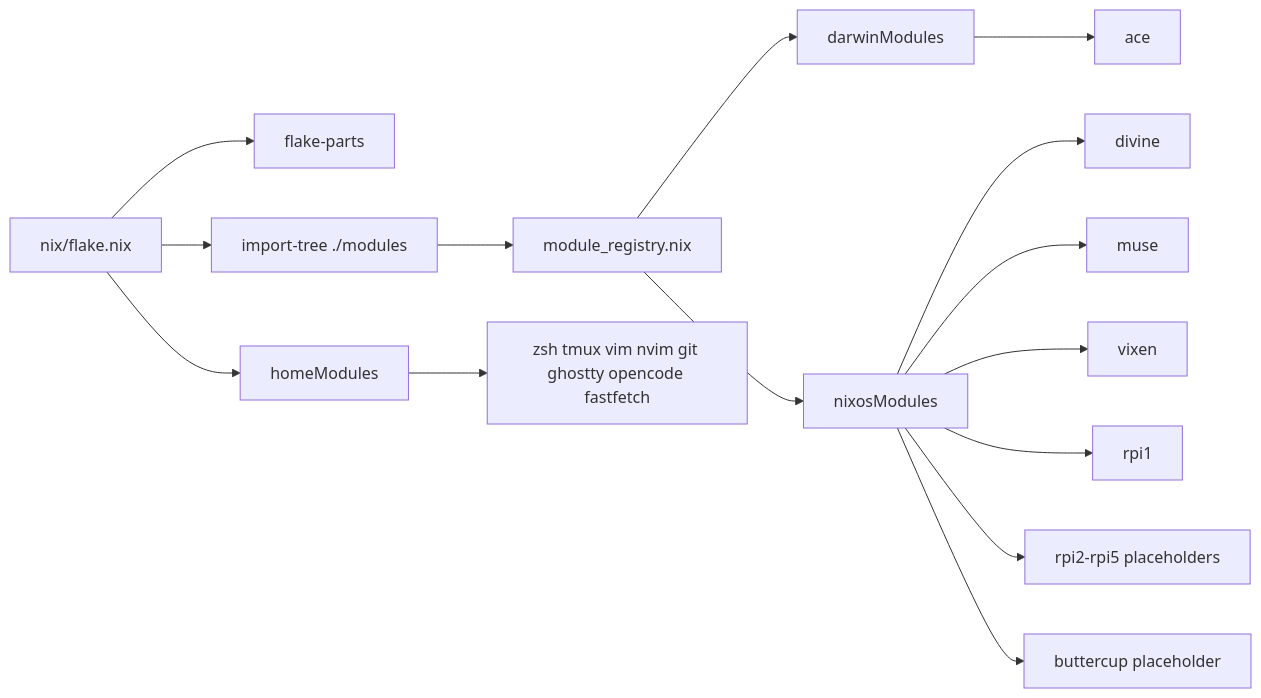
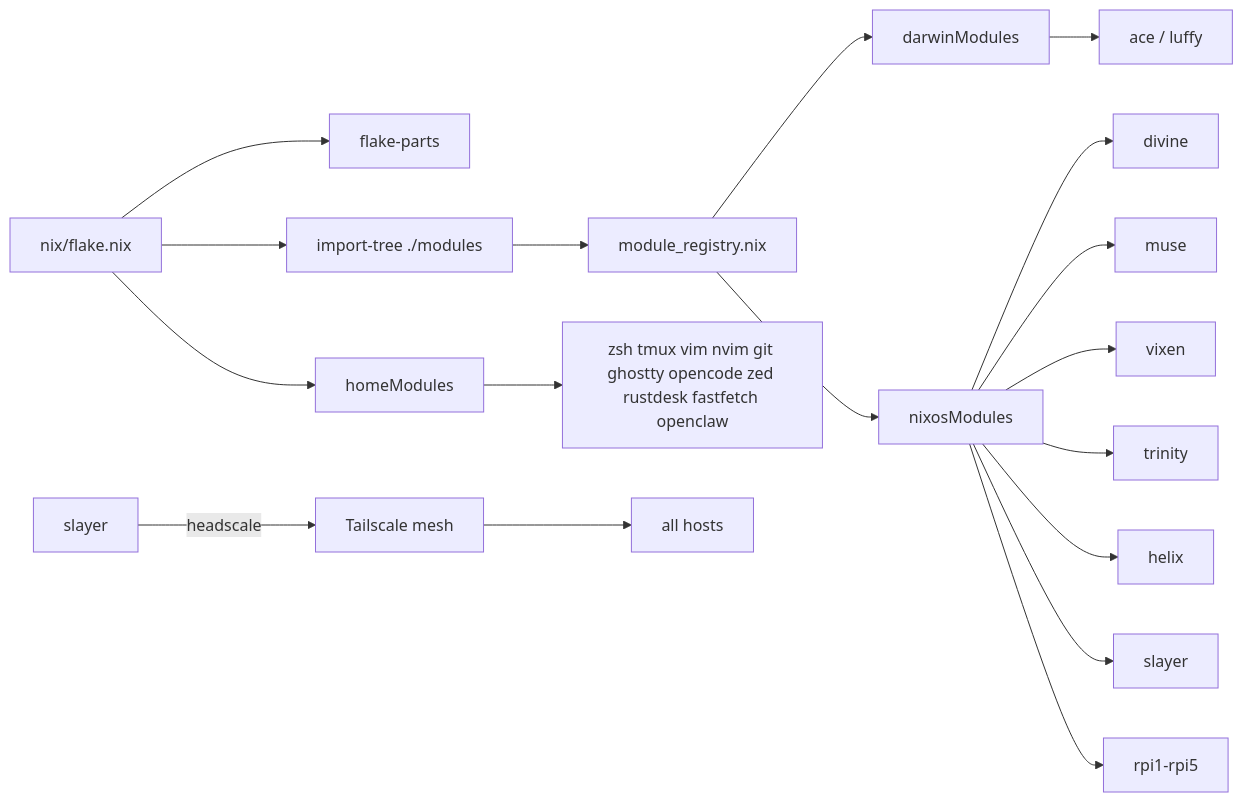
One commit to reezpatel/infra changed the diagram in README.md. Above: the diagram before and after it, drawn with Mermaid. The commit also changed other lines of this file and 23 other files, not shown here.

````diff
--- a/README.md
+++ b/README.md
@@ -66,18 +67,22 @@
 ```mermaid
 flowchart LR
     A[nix/flake.nix] --> B[flake-parts]
     A --> C[import-tree ./modules]
     C --> D[module_registry.nix]
     D --> E[darwinModules]
     D --> F[nixosModules]
     A --> G[homeModules]
 
-    E --> H[ace]
+    E --> H[ace / luffy]
     F --> I[divine]
     F --> J[muse]
     F --> K[vixen]
-    F --> L[rpi1]
-    F --> M[rpi2-rpi5 placeholders]
-    F --> N[buttercup placeholder]
-    G --> O[zsh tmux vim nvim git ghostty opencode fastfetch]
+    F --> L[trinity]
+    F --> M[helix]
+    F --> N[slayer]
+    F --> O[rpi1-rpi5]
+    G --> P[zsh tmux vim nvim git ghostty opencode zed rustdesk fastfetch openclaw]
+
+    slayer[slayer] -->|headscale| VPN[Tailscale mesh]
+    VPN --> all[all hosts]
 ```
````
